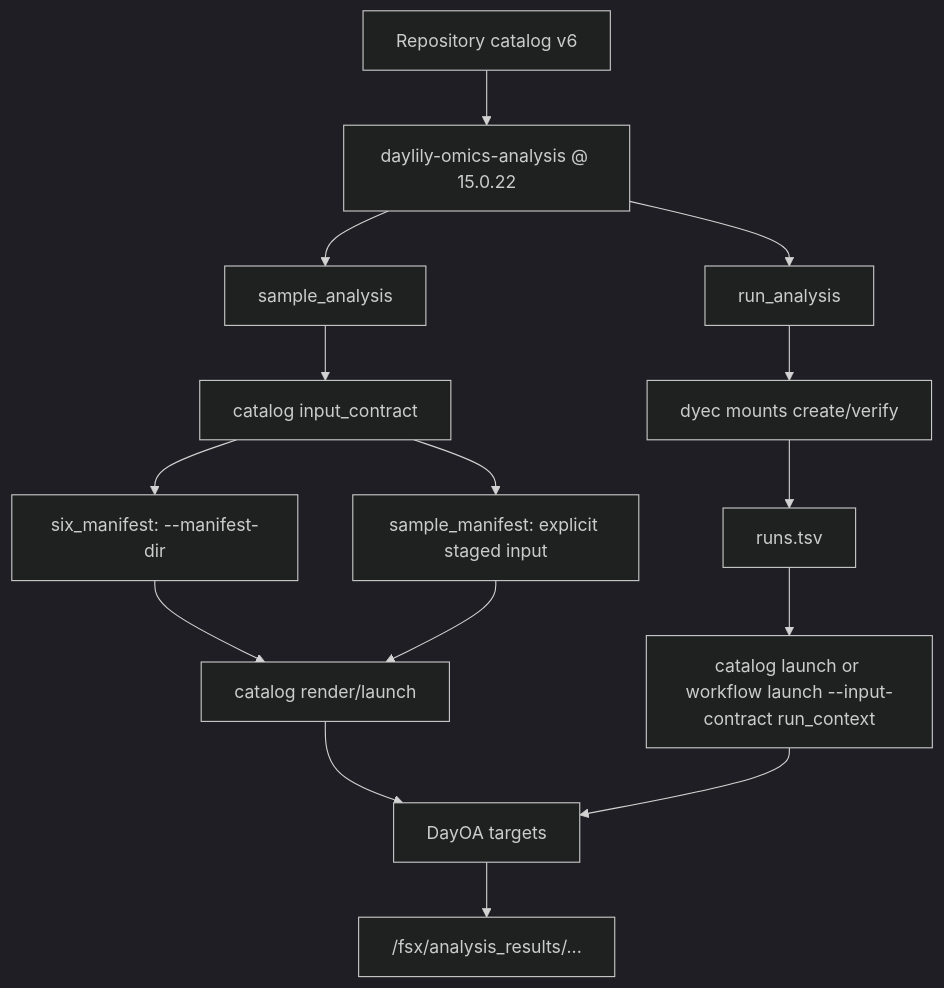
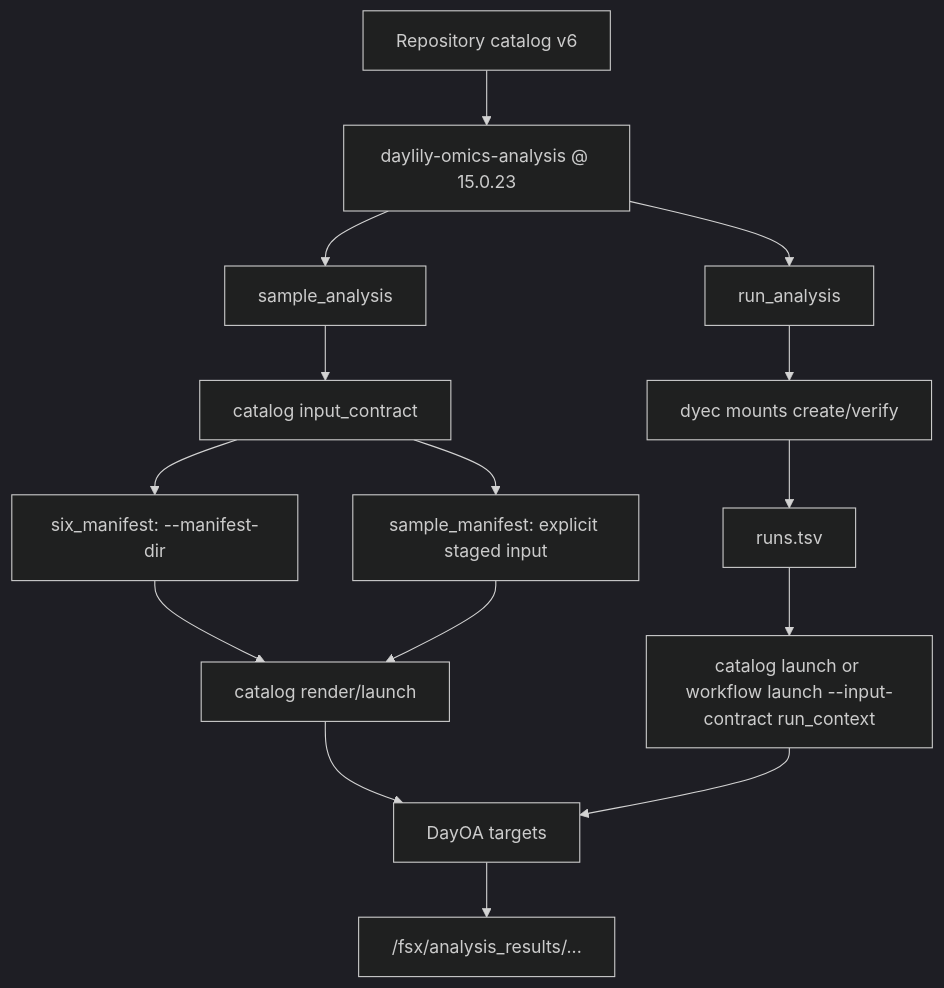
One commit to Daylily-Informatics/daylily-ephemeral-cluster changed the third of 3 diagrams in docs/dra_fsx_strategy.md. Above: the diagram before and after it, drawn with Mermaid (dark theme). The commit also changed other lines of this file and 24 other files, not shown here.

````diff
--- a/docs/dra_fsx_strategy.md
+++ b/docs/dra_fsx_strategy.md
@@ -110,20 +110,20 @@
 ```mermaid
 flowchart TB
-  Catalog["Repository catalog v6"] --> Repo["daylily-omics-analysis @ 15.0.22"]
+  Catalog["Repository catalog v6"] --> Repo["daylily-omics-analysis @ 15.0.23"]
   Repo --> Sample["sample_analysis"]
   Repo --> Run["run_analysis"]
 
   Sample --> Contract["catalog input_contract"]
   Contract --> Six["six_manifest: --manifest-dir"]
   Contract --> Legacy["sample_manifest: explicit staged input"]
   Six --> LaunchA["catalog render/launch"]
   Legacy --> LaunchA
 
   Run --> Mount["dyec mounts create/verify"]
   Mount --> Runs["runs.tsv"]
   Runs --> LaunchB["catalog launch or workflow launch --input-contract run_context"]
 
   LaunchA --> DayOA["DayOA targets"]
   LaunchB --> DayOA
   DayOA --> Results["/fsx/analysis_results/..."]
 ```
````
